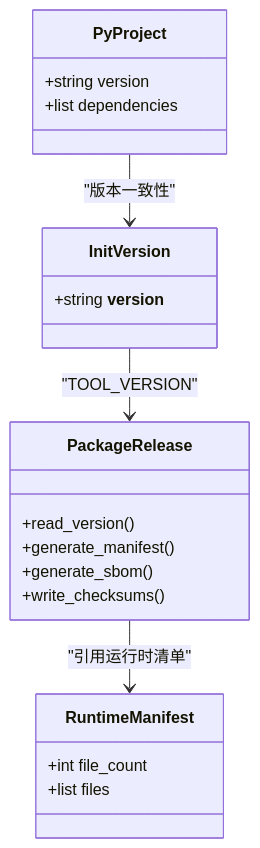
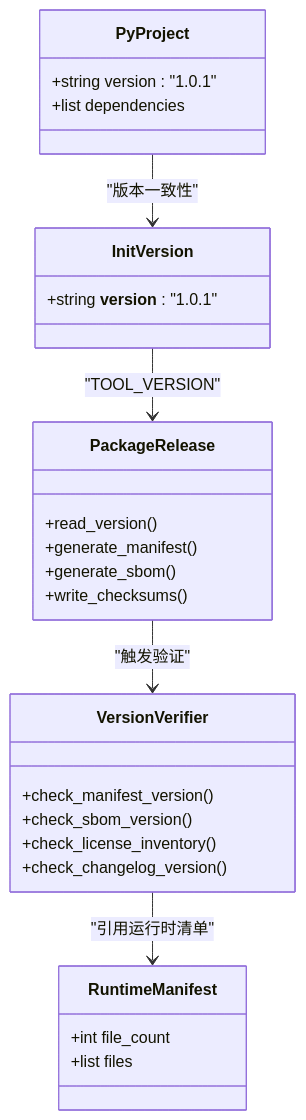
The fourth of 5 diagrams in .qoder/repowiki/zh/content/部署和发布/版本管理.md (haolange/RDC-Tool), drawn with Mermaid before and after one commit. The commit also changed other lines of this file and 53 other files, not shown here.

````diff
--- a/.qoder/repowiki/zh/content/部署和发布/版本管理.md
+++ b/.qoder/repowiki/zh/content/部署和发布/版本管理.md
@@ -173,23 +182,30 @@
 ```mermaid
 classDiagram
 class PyProject {
-+string version
++string version : "1.0.1"
 +list dependencies
 }
 class InitVersion {
-+string __version__
++string __version__ : "1.0.1"
 }
 class PackageRelease {
 +read_version()
 +generate_manifest()
 +generate_sbom()
 +write_checksums()
 }
+class VersionVerifier {
++check_manifest_version()
++check_sbom_version()
++check_license_inventory()
++check_changelog_version()
+}
 class RuntimeManifest {
 +int file_count
 +list files
 }
 PyProject --> InitVersion : "版本一致性"
 InitVersion --> PackageRelease : "TOOL_VERSION"
-PackageRelease --> RuntimeManifest : "引用运行时清单"
+PackageRelease --> VersionVerifier : "触发验证"
+VersionVerifier --> RuntimeManifest : "引用运行时清单"
 ```
````
